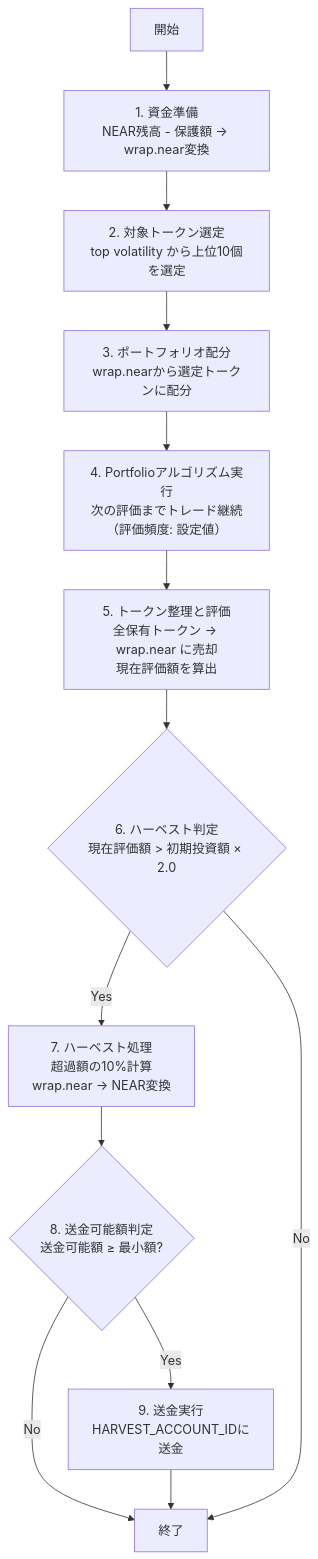
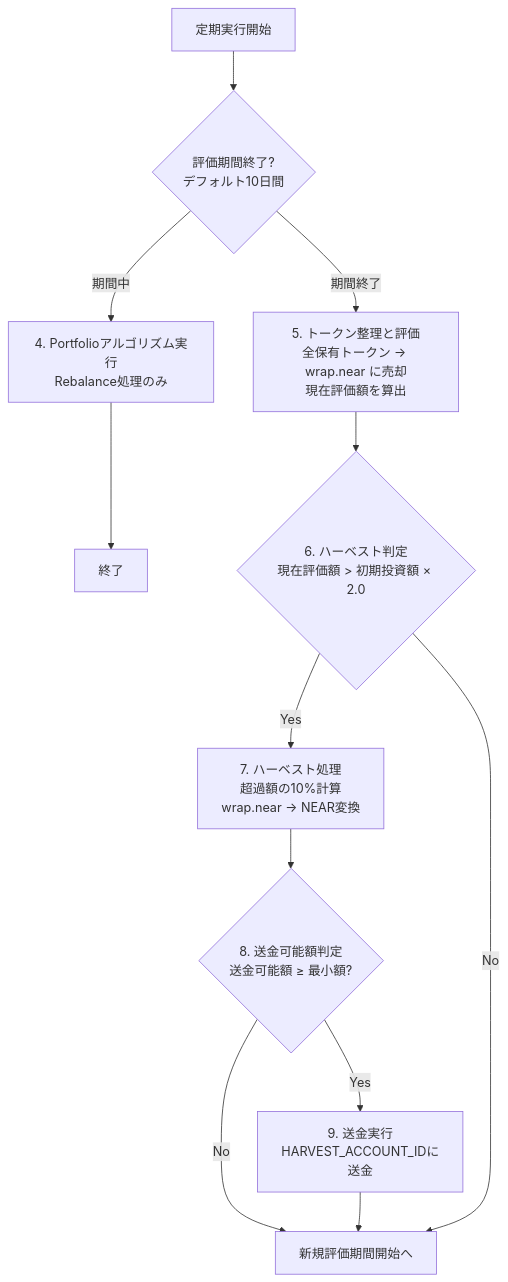
Before and after one commit to fathens/zaciraci: the second of 2 diagrams in diagram/trade/rules.md, drawn with Mermaid. The commit also changed other lines of this file, not shown here.

````diff
--- a/diagram/trade/rules.md
+++ b/diagram/trade/rules.md
@@ -73,17 +110,18 @@
 ```mermaid
 flowchart TD
-    A[開始] --> B[1. 資金準備<br/>NEAR残高 - 保護額 → wrap.near変換]
-    B --> C[2. 対象トークン選定<br/>top volatility から上位10個を選定]
-    C --> D[3. ポートフォリオ配分<br/>wrap.nearから選定トークンに配分]
-    D --> E[4. Portfolioアルゴリズム実行<br/>次の評価までトレード継続<br/>（評価頻度: 設定値）]
-    E --> F[5. トークン整理と評価<br/>全保有トークン → wrap.near に売却<br/>現在評価額を算出]
-    F --> G{6. ハーベスト判定<br/>現在評価額 > 初期投資額 × 2.0}
+    A[定期実行開始] --> B{評価期間終了?<br/>デフォルト10日間}
 
-    G -->|Yes| H[7. ハーベスト処理<br/>超過額の10%計算<br/>wrap.near → NEAR変換]
-    H --> I{8. 送金可能額判定<br/>送金可能額 ≥ 最小額?}
-    I -->|Yes| J[9. 送金実行<br/>HARVEST_ACCOUNT_IDに送金]
-    I -->|No| K
-    J --> K[終了]
+    B -->|期間中| C[4. Portfolioアルゴリズム実行<br/>Rebalance処理のみ]
+    C --> D[終了]
 
-    G -->|No| K
+    B -->|期間終了| E[5. トークン整理と評価<br/>全保有トークン → wrap.near に売却<br/>現在評価額を算出]
+    E --> F{6. ハーベスト判定<br/>現在評価額 > 初期投資額 × 2.0}
+
+    F -->|Yes| G[7. ハーベスト処理<br/>超過額の10%計算<br/>wrap.near → NEAR変換]
+    G --> H{8. 送金可能額判定<br/>送金可能額 ≥ 最小額?}
+    H -->|Yes| I[9. 送金実行<br/>HARVEST_ACCOUNT_IDに送金]
+    H -->|No| J[新規評価期間開始へ]
+    I --> J
+
+    F -->|No| J
 ```
````
